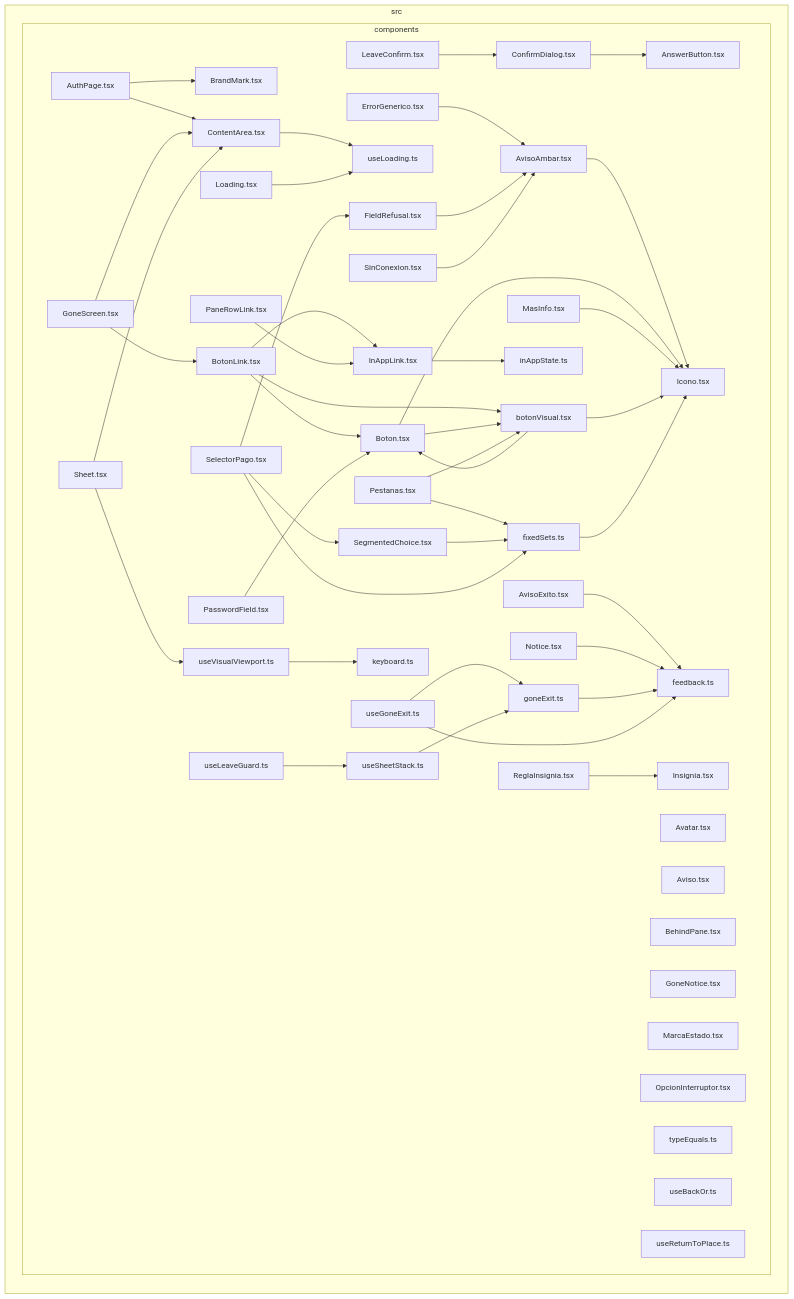
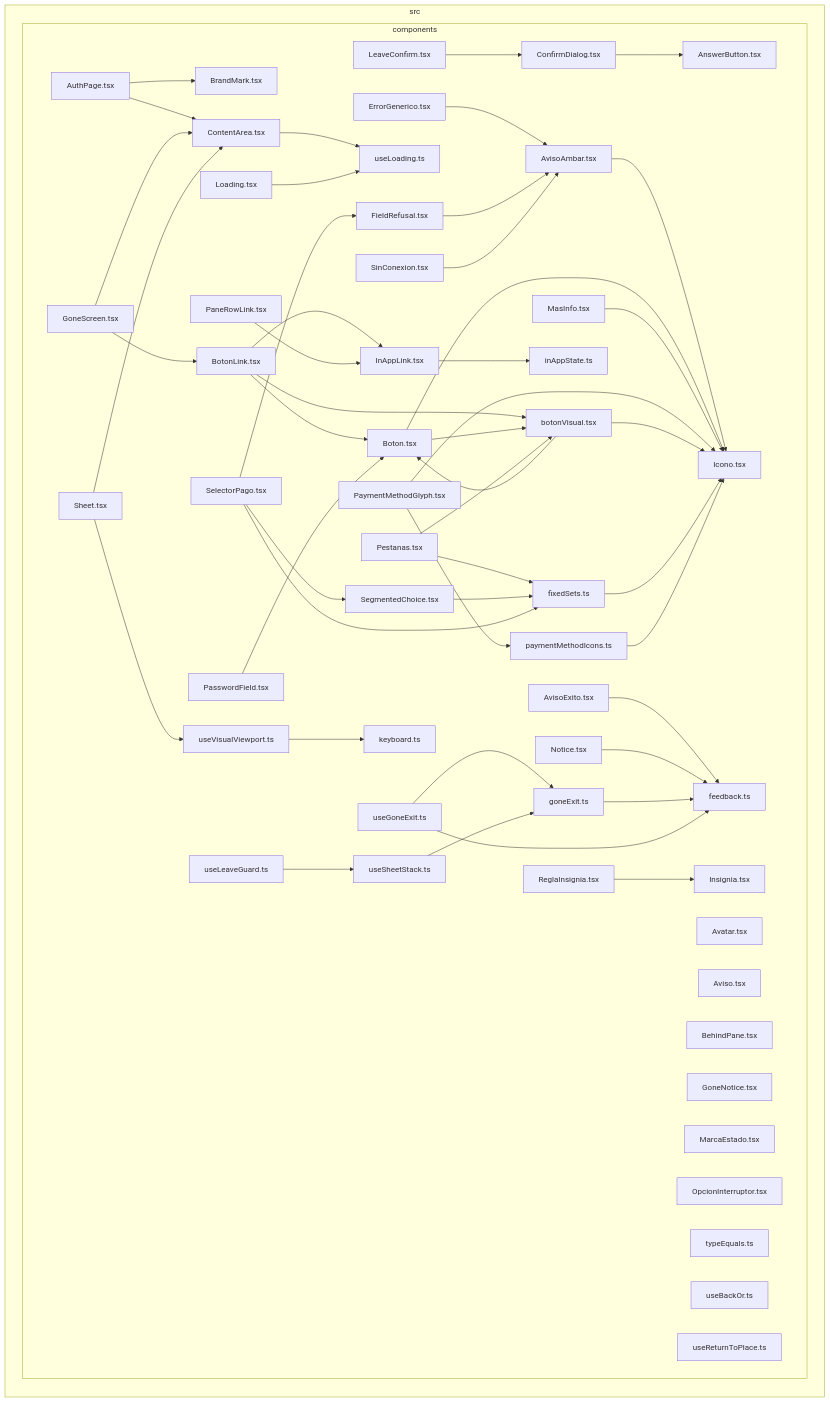
The diagram in docs/architecture/generated/front-modules/components.md (GonzaloZevallos/apostrophe), drawn with Mermaid before and after one commit. The commit also changed 12 other files, not shown here.

First line of the commit message:
GH-407: neutral payment method icon set for the front

```diff
--- a/docs/architecture/generated/front-modules/components.md
+++ b/docs/architecture/generated/front-modules/components.md
@@ -35,6 +35,7 @@
     src_components_OpcionInterruptor_tsx["OpcionInterruptor.tsx"]
     src_components_PaneRowLink_tsx["PaneRowLink.tsx"]
     src_components_PasswordField_tsx["PasswordField.tsx"]
+    src_components_PaymentMethodGlyph_tsx["PaymentMethodGlyph.tsx"]
     src_components_Pestanas_tsx["Pestanas.tsx"]
     src_components_ReglaInsignia_tsx["ReglaInsignia.tsx"]
     src_components_SegmentedChoice_tsx["SegmentedChoice.tsx"]
@@ -47,6 +48,7 @@
     src_components_goneExit_ts["goneExit.ts"]
     src_components_inAppState_ts["inAppState.ts"]
     src_components_keyboard_ts["keyboard.ts"]
+    src_components_paymentMethodIcons_ts["paymentMethodIcons.ts"]
     src_components_typeEquals_ts["typeEquals.ts"]
     src_components_useBackOr_ts["useBackOr.ts"]
     src_components_useGoneExit_ts["useGoneExit.ts"]
@@ -79,6 +81,8 @@
 src_components_Notice_tsx-->src_components_feedback_ts
 src_components_PaneRowLink_tsx-->src_components_InAppLink_tsx
 src_components_PasswordField_tsx-->src_components_Boton_tsx
+src_components_PaymentMethodGlyph_tsx-->src_components_Icono_tsx
+src_components_PaymentMethodGlyph_tsx-->src_components_paymentMethodIcons_ts
 src_components_Pestanas_tsx-->src_components_botonVisual_tsx
 src_components_Pestanas_tsx-->src_components_fixedSets_ts
 src_components_ReglaInsignia_tsx-->src_components_Insignia_tsx
@@ -93,6 +97,7 @@
 src_components_botonVisual_tsx-->src_components_Icono_tsx
 src_components_fixedSets_ts-->src_components_Icono_tsx
 src_components_goneExit_ts-->src_components_feedback_ts
+src_components_paymentMethodIcons_ts-->src_components_Icono_tsx
 src_components_useGoneExit_ts-->src_components_feedback_ts
 src_components_useGoneExit_ts-->src_components_goneExit_ts
 src_components_useLeaveGuard_ts-->src_components_useSheetStack_ts
```
